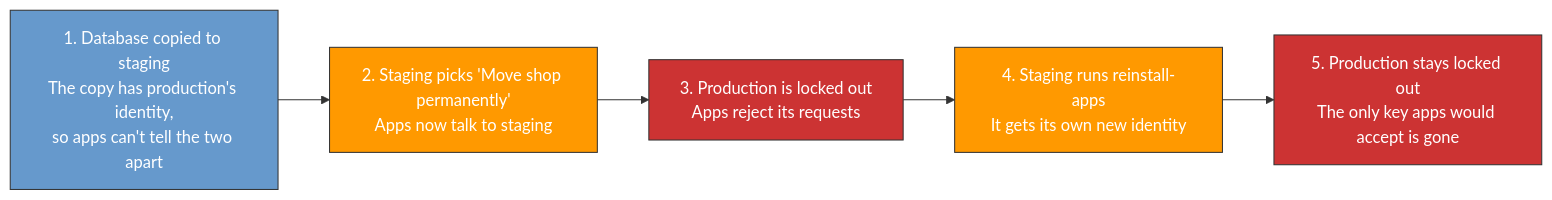
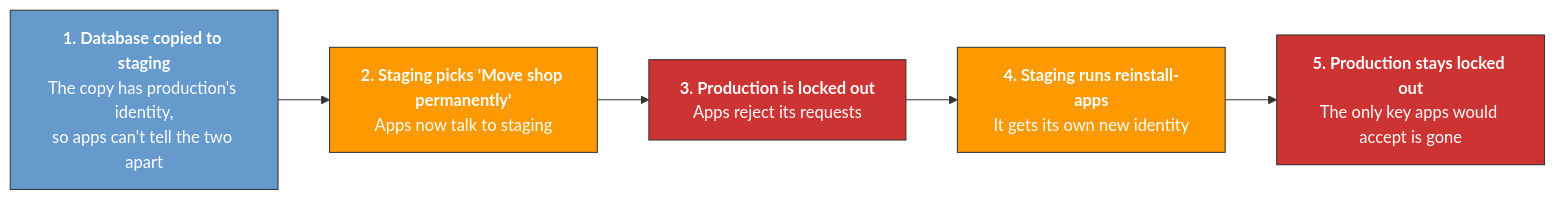
Before and after one commit to shopware/shopware: the first of 2 diagrams in adr/2026-10-15-app-recovery-after-shop-copy.md, drawn with Mermaid.

Commit message:
docs(adr): bold the step titles in the takeover diagram

````diff
--- a/adr/2026-10-15-app-recovery-after-shop-copy.md
+++ b/adr/2026-10-15-app-recovery-after-shop-copy.md
@@ -23,14 +23,14 @@
 ```mermaid
 flowchart LR
-    S1["1. Database copied to staging<br/>The copy has production's identity,<br/>so apps can't tell the two apart"]
-    S2["2. Staging picks 'Move shop permanently'<br/>Apps now talk to staging"]
-    S3["3. Production is locked out<br/>Apps reject its requests"]
-    S4["4. Staging runs reinstall-apps<br/>It gets its own new identity"]
-    S5["5. Production stays locked out<br/>The only key apps would accept is gone"]
+    S1["<b>1. Database copied to staging</b><br/>The copy has production's identity,<br/>so apps can't tell the two apart"]
+    S2["<b>2. Staging picks 'Move shop permanently'</b><br/>Apps now talk to staging"]
+    S3["<b>3. Production is locked out</b><br/>Apps reject its requests"]
+    S4["<b>4. Staging runs reinstall-apps</b><br/>It gets its own new identity"]
+    S5["<b>5. Production stays locked out</b><br/>The only key apps would accept is gone"]
     S1 --> S2 --> S3 --> S4 --> S5
     style S1 fill:#69c,stroke:#333,color:#fff
     style S2 fill:#f90,stroke:#333,color:#fff
     style S3 fill:#c33,stroke:#333,color:#fff
     style S4 fill:#f90,stroke:#333,color:#fff
     style S5 fill:#c33,stroke:#333,color:#fff
 ```
````
